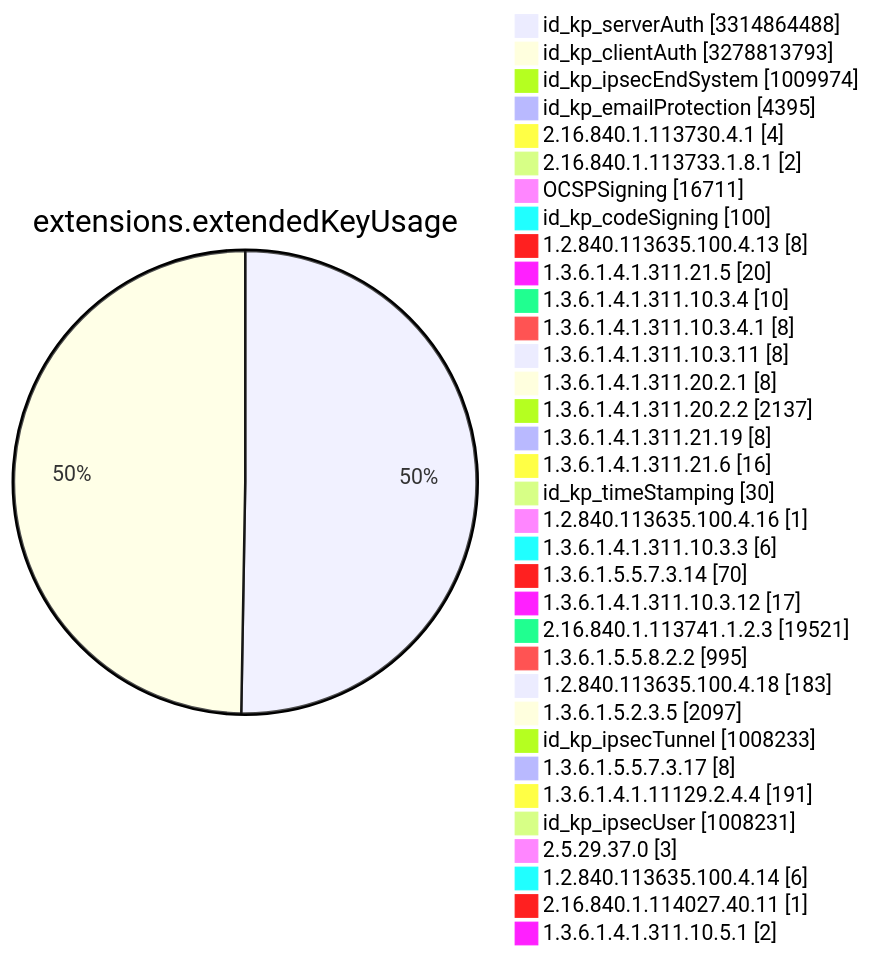
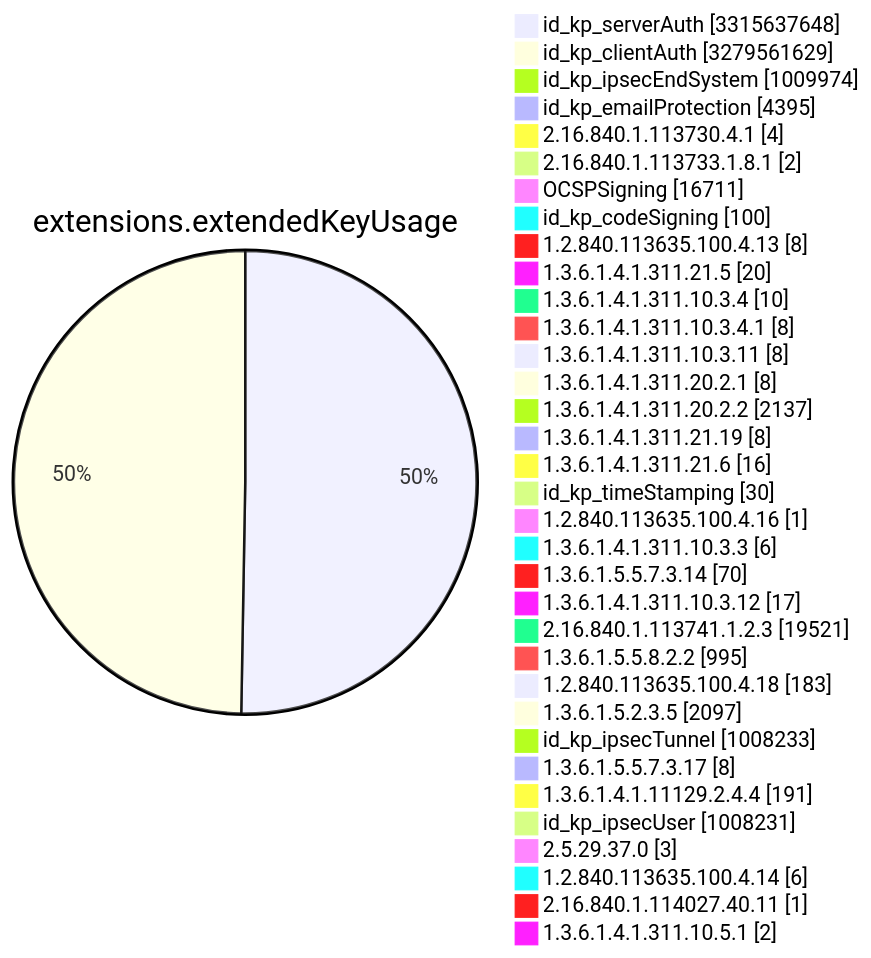
Diagram 11 of 15 in TOTAL/README.md (christiankrug/ctmonitor_visualization), drawn with Mermaid before and after one commit. The commit also changed other lines of this file, not shown here.

````diff
--- a/TOTAL/README.md
+++ b/TOTAL/README.md
@@ -4120,38 +4120,38 @@
 ```mermaid
 pie showData
 title extensions.extendedKeyUsage
-"id_kp_serverAuth" :3314864488
-"id_kp_clientAuth" :3278813793
+"id_kp_serverAuth" :3315637648
+"id_kp_clientAuth" :3279561629
 "id_kp_ipsecEndSystem" :1009974
 "id_kp_emailProtection" :4395
 "2.16.840.1.113730.4.1" :4
 "2.16.840.1.113733.1.8.1" :2
 "OCSPSigning" :16711
 "id_kp_codeSigning" :100
 "1.2.840.113635.100.4.13" :8
 "1.3.6.1.4.1.311.21.5" :20
 "1.3.6.1.4.1.311.10.3.4" :10
 "1.3.6.1.4.1.311.10.3.4.1" :8
 "1.3.6.1.4.1.311.10.3.11" :8
 "1.3.6.1.4.1.311.20.2.1" :8
 "1.3.6.1.4.1.311.20.2.2" :2137
 "1.3.6.1.4.1.311.21.19" :8
 "1.3.6.1.4.1.311.21.6" :16
 "id_kp_timeStamping" :30
 "1.2.840.113635.100.4.16" :1
 "1.3.6.1.4.1.311.10.3.3" :6
 "1.3.6.1.5.5.7.3.14" :70
 "1.3.6.1.4.1.311.10.3.12" :17
 "2.16.840.1.113741.1.2.3" :19521
 "1.3.6.1.5.5.8.2.2" :995
 "1.2.840.113635.100.4.18" :183
 "1.3.6.1.5.2.3.5" :2097
 "id_kp_ipsecTunnel" :1008233
 "1.3.6.1.5.5.7.3.17" :8
 "1.3.6.1.4.1.11129.2.4.4" :191
 "id_kp_ipsecUser" :1008231
 "2.5.29.37.0" :3
 "1.2.840.113635.100.4.14" :6
 "2.16.840.1.114027.40.11" :1
 "1.3.6.1.4.1.311.10.5.1" :2
 ```
````
